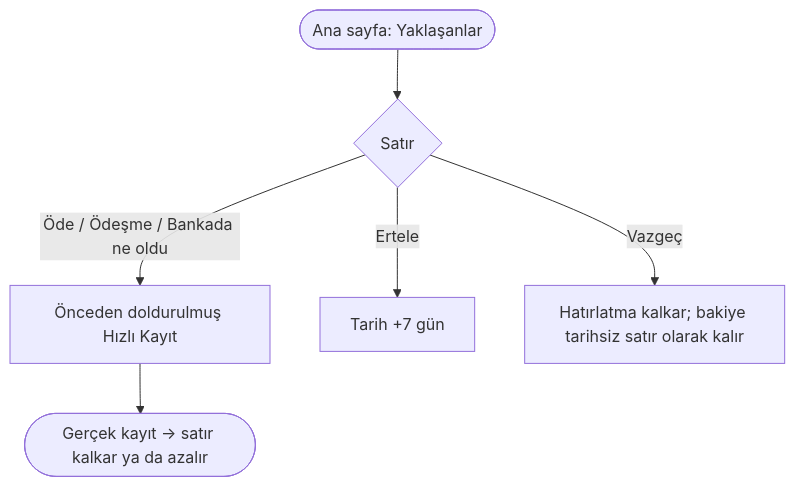
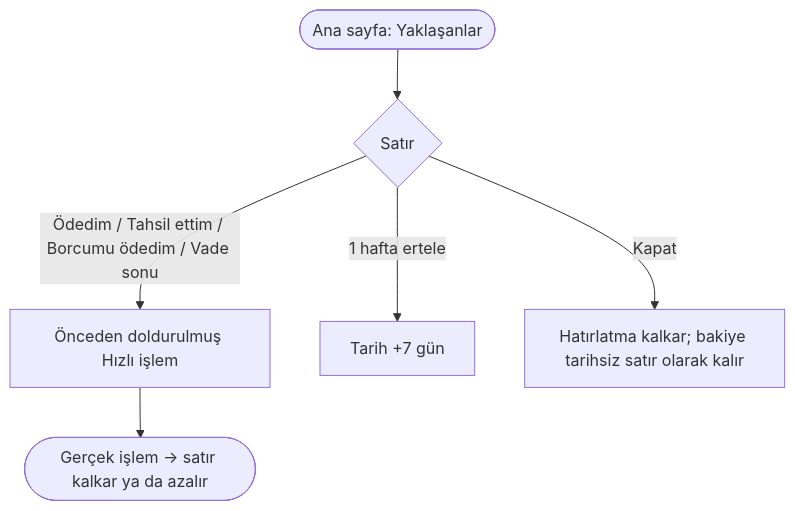
Before and after one commit to akderelianil/aa-finance: the diagram in docs/ux/akislar/AKS-017-hatirlatma.md, drawn with Mermaid. The commit also changed other lines of this file and 18 other files, not shown here.

````diff
--- a/docs/ux/akislar/AKS-017-hatirlatma.md
+++ b/docs/ux/akislar/AKS-017-hatirlatma.md
@@ -29,8 +29,8 @@
 ```mermaid
 flowchart TD
   A([Ana sayfa: Yaklaşanlar]) --> B{Satır}
-  B -- Öde / Ödeşme / Bankada ne oldu --> C[Önceden doldurulmuş Hızlı Kayıt]
-  C --> D([Gerçek kayıt → satır kalkar ya da azalır])
-  B -- Ertele --> E[Tarih +7 gün]
-  B -- Vazgeç --> F[Hatırlatma kalkar; bakiye tarihsiz satır olarak kalır]
+  B -- Ödedim / Tahsil ettim / Borcumu ödedim / Vade sonu --> C[Önceden doldurulmuş Hızlı işlem]
+  C --> D([Gerçek işlem → satır kalkar ya da azalır])
+  B -- 1 hafta ertele --> E[Tarih +7 gün]
+  B -- Kapat --> F[Hatırlatma kalkar; bakiye tarihsiz satır olarak kalır]
 ```
````
